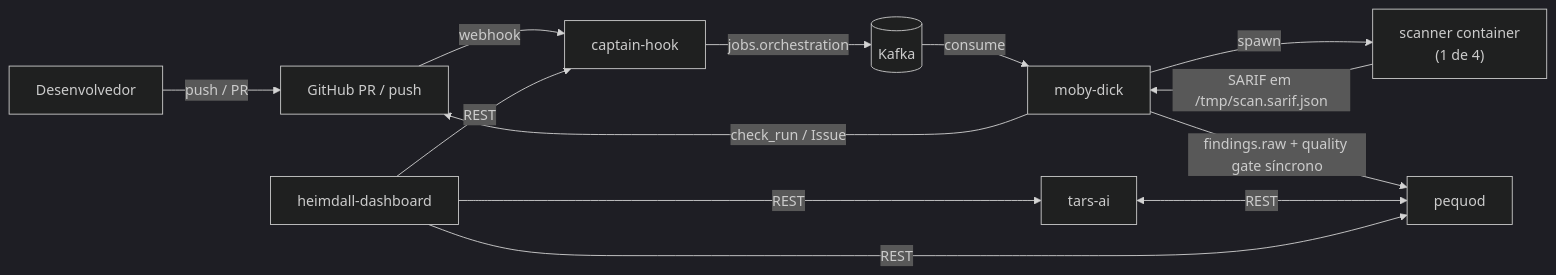
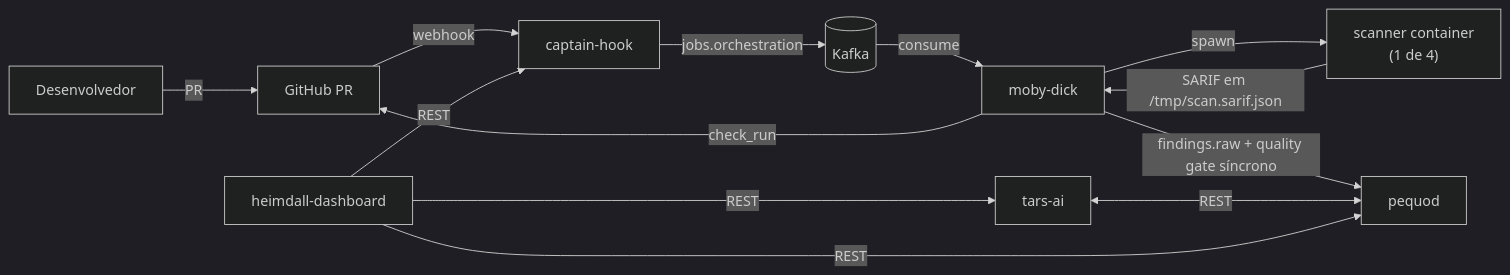
Before and after one commit to OdinEye-FIAP/aspm-docs: the diagram in docs/index.md, drawn with Mermaid (dark theme). The commit also changed other lines of this file and 2 other files, not shown here.

````diff
--- a/docs/index.md
+++ b/docs/index.md
@@ -17,25 +17,25 @@
 ```mermaid
 flowchart LR
     Dev[Desenvolvedor]
-    GH[GitHub PR / push]
+    GH[GitHub PR]
     CH[captain-hook]
     K[(Kafka)]
     MD[moby-dick]
     SR["scanner container<br/>(1 de 4)"]
     PQ[pequod]
     TA[tars-ai]
     HD[heimdall-dashboard]
 
-    Dev -->|push / PR| GH
+    Dev -->|PR| GH
     GH -->|webhook| CH
     CH -->|jobs.orchestration| K
     K -->|consume| MD
     MD -->|spawn| SR
     SR -->|SARIF em /tmp/scan.sarif.json| MD
     MD -->|findings.raw + quality gate síncrono| PQ
-    MD -->|check_run / Issue| GH
+    MD -->|check_run| GH
     TA <-->|REST| PQ
     HD -->|REST| PQ
     HD -->|REST| TA
     HD -->|REST| CH
 ```
````
